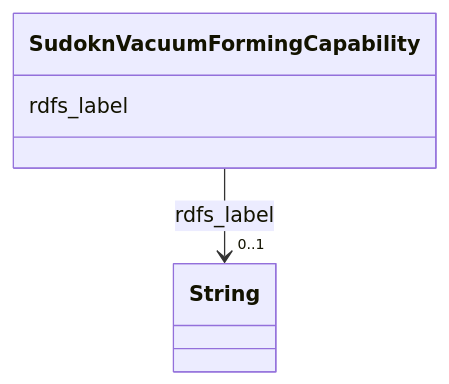
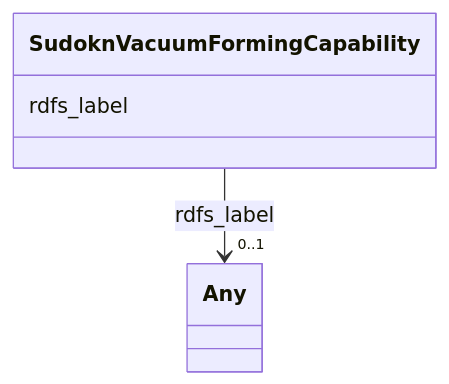
The diagram in sudokn-kg/classes/SudoknVacuumFormingCapability.md (frink-okn/graph-descriptions), drawn with Mermaid before and after one commit. The commit also changed other lines of this file and 903 other files, not shown here.

````diff
--- a/sudokn-kg/classes/SudoknVacuumFormingCapability.md
+++ b/sudokn-kg/classes/SudoknVacuumFormingCapability.md
@@ -23,15 +18,15 @@
 ```mermaid
  classDiagram
     class SudoknVacuumFormingCapability
     click SudoknVacuumFormingCapability href "../SudoknVacuumFormingCapability"
       SudoknVacuumFormingCapability : rdfs_label
         
           
     
     
-    SudoknVacuumFormingCapability --> "0..1" String : rdfs_label
-    click String href "../String"
+    SudoknVacuumFormingCapability --> "0..1" Any : rdfs_label
+    click Any href "../Any"
 
         
       
 ```
````
